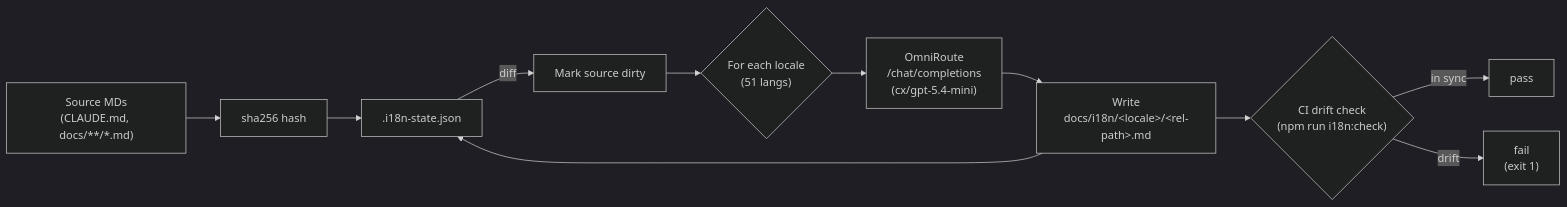
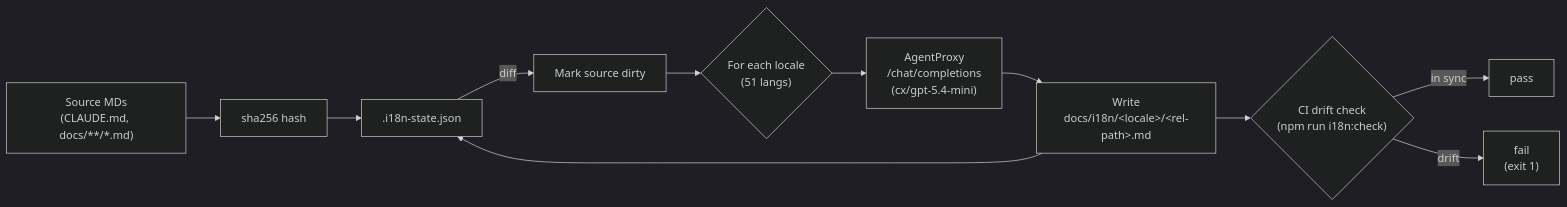
Before and after one commit to khanhkit/AgentProxy: the diagram in docs/diagrams/i18n-flow.mmd, drawn with Mermaid (dark theme). The commit also changed 6043 other files, not shown here.

Commit message:
wip(release): checkpoint AgentProxy identity cleanup

```diff
--- a/docs/diagrams/i18n-flow.mmd
+++ b/docs/diagrams/i18n-flow.mmd
@@ -1,14 +1,14 @@
 %% Incremental hash-based i18n pipeline
 %% Reflects: scripts/i18n/* and docs/i18n/<locale>/*.md mirror layout
 %% v3.8.0
 flowchart LR
   Src["Source MDs<br/>(CLAUDE.md, docs/**/*.md)"] --> Hash["sha256 hash"]
   Hash --> State[".i18n-state.json"]
   State -->|diff| Dirty["Mark source dirty"]
   Dirty --> Loop{"For each locale<br/>(51 langs)"}
-  Loop --> LLM["OmniRoute<br/>/chat/completions<br/>(cx/gpt-5.4-mini)"]
+  Loop --> LLM["AgentProxy<br/>/chat/completions<br/>(cx/gpt-5.4-mini)"]
   LLM --> Target["Write<br/>docs/i18n/&lt;locale&gt;/&lt;rel-path&gt;.md"]
   Target --> State
   Target --> CI{"CI drift check<br/>(npm run i18n:check)"}
   CI -->|in sync| Pass["pass"]
   CI -->|drift| Fail["fail<br/>(exit 1)"]
```
